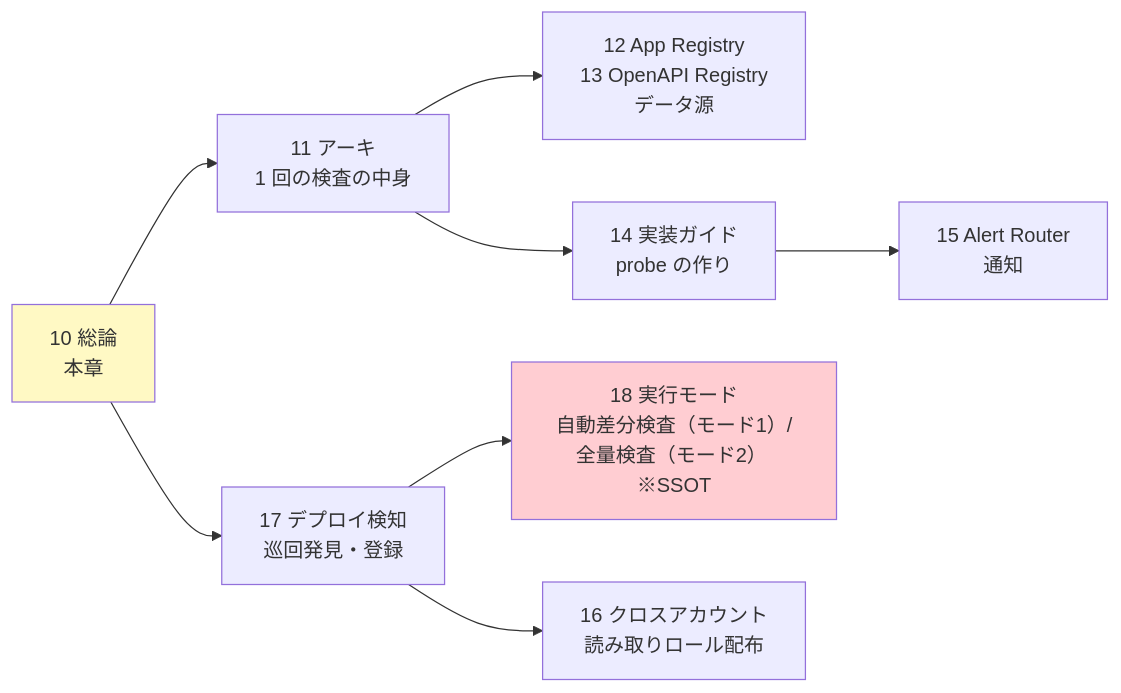
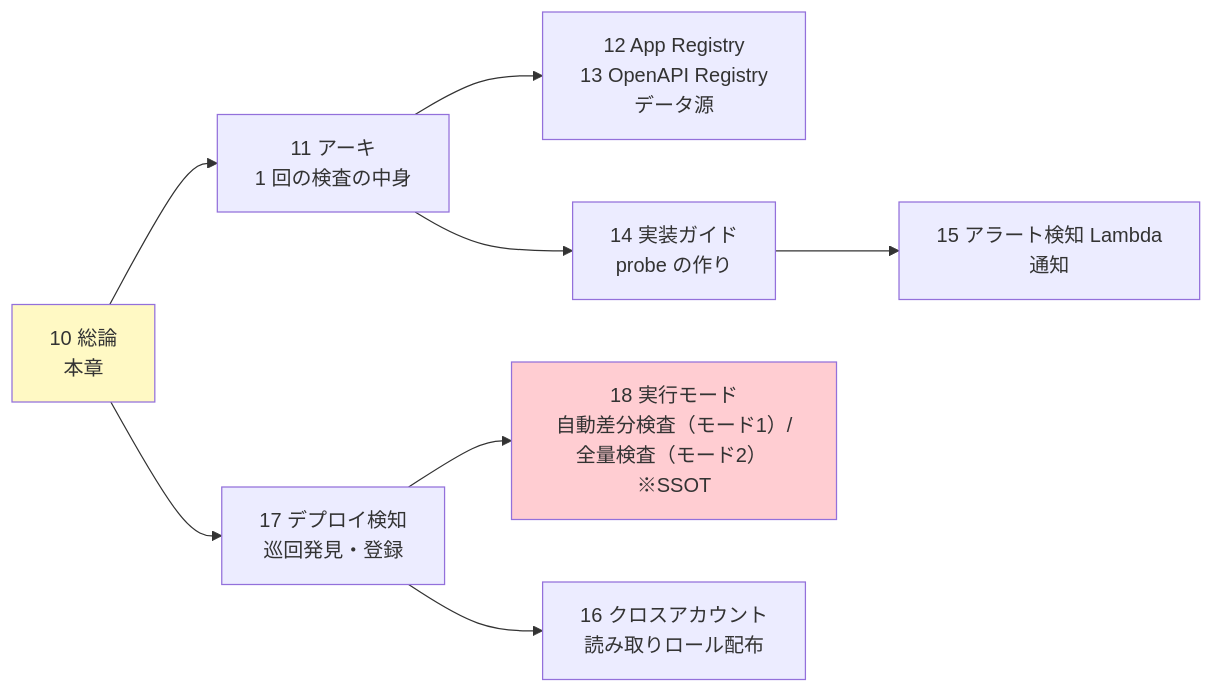
Before and after one commit to suepie/aws-atuh-poc: the seventh of 7 diagrams in doc/api-platform/basic-design/10-external-monitoring-overview.md, drawn with Mermaid. The commit also changed other lines of this file and 23 other files, not shown here.

````diff
--- a/doc/api-platform/basic-design/10-external-monitoring-overview.md
+++ b/doc/api-platform/basic-design/10-external-monitoring-overview.md
@@ -432,12 +432,12 @@
 ```mermaid
 flowchart LR
     O[10 総論<br/>本章] --> A[11 アーキ<br/>1 回の検査の中身]
     O --> DEP[17 デプロイ検知<br/>巡回発見・登録]
     DEP --> MODE["18 実行モード<br/>自動差分検査（モード1）/全量検査（モード2） ※SSOT"]
     A --> R[12 App Registry<br/>13 OpenAPI Registry<br/>データ源]
     A --> I[14 実装ガイド<br/>probe の作り]
-    I --> AL[15 Alert Router<br/>通知]
+    I --> AL[15 アラート検知 Lambda<br/>通知]
     DEP --> X[16 クロスアカウント<br/>読み取りロール配布]
     style O fill:#fff9c4
     style MODE fill:#ffcdd2
 ```
````
